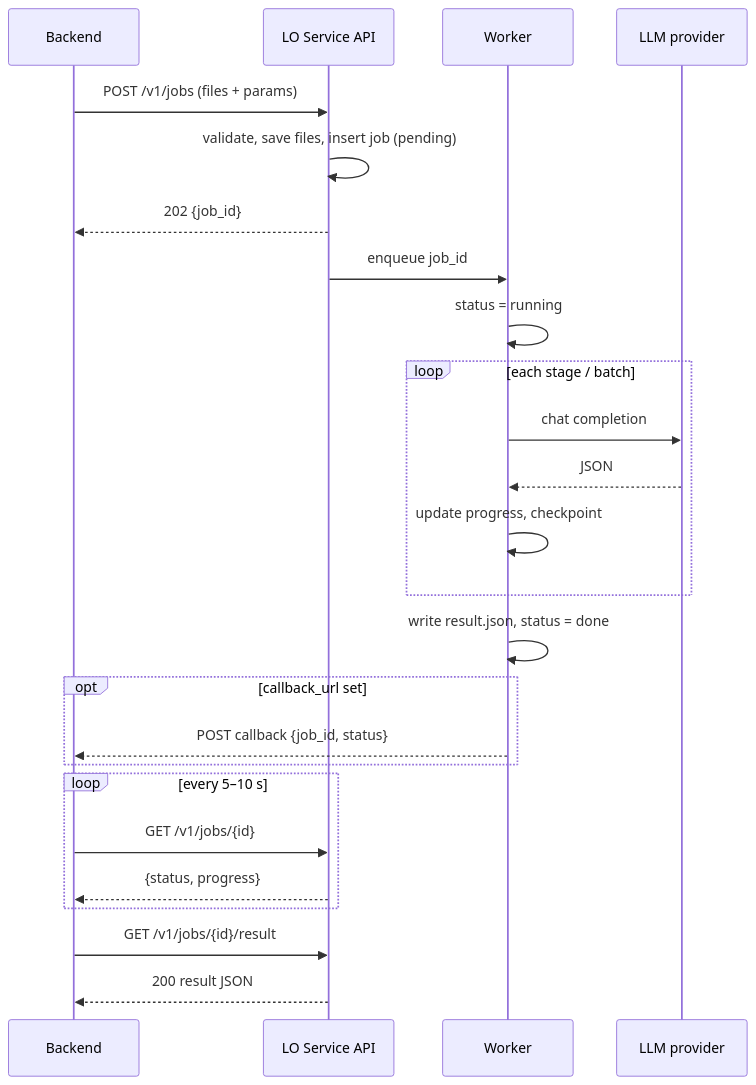
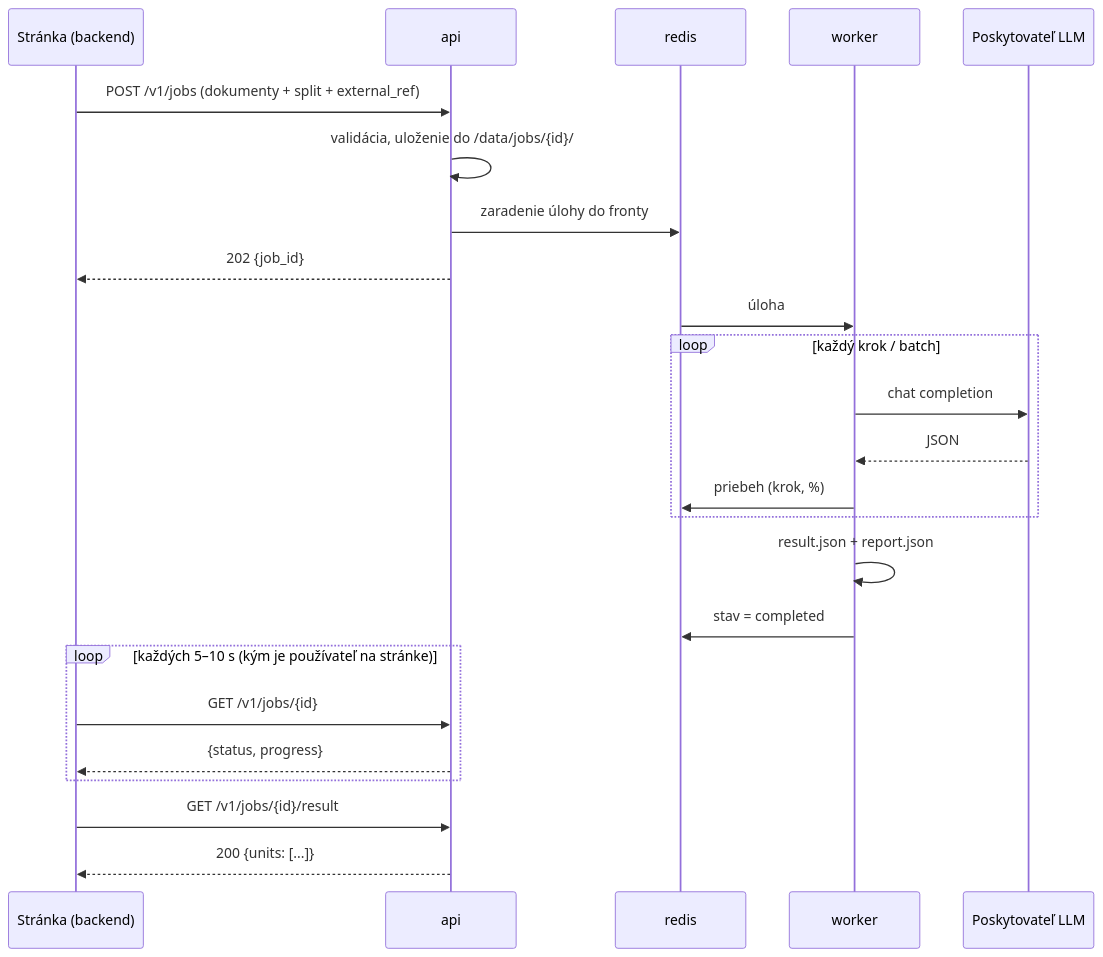
Before and after one commit to Matik080/LO-Generator: the first of 3 diagrams in docs/api-design.md, drawn with Mermaid. The commit also changed other lines of this file and 1 other file, not shown here.

````diff
--- a/docs/api-design.md
+++ b/docs/api-design.md
@@ -185,28 +137,27 @@
 ```mermaid
 sequenceDiagram
-    participant BE as Backend
-    participant API as LO Service API
-    participant W as Worker
-    participant LLM as LLM provider
+    participant P as Stránka (backend)
+    participant API as api
+    participant R as redis
+    participant W as worker
+    participant LLM as Poskytovateľ LLM
 
-    BE->>API: POST /v1/jobs (files + params)
-    API->>API: validate, save files, insert job (pending)
-    API-->>BE: 202 {job_id}
-    API->>W: enqueue job_id
-    W->>W: status = running
-    loop each stage / batch
+    P->>API: POST /v1/jobs (dokumenty + split + external_ref)
+    API->>API: validácia, uloženie do /data/jobs/{id}/
+    API->>R: zaradenie úlohy do fronty
+    API-->>P: 202 {job_id}
+    R->>W: úloha
+    loop každý krok / batch
         W->>LLM: chat completion
         LLM-->>W: JSON
-        W->>W: update progress, checkpoint
+        W->>R: priebeh (krok, %)
     end
-    W->>W: write result.json, status = done
-    opt callback_url set
-        W-->>BE: POST callback {job_id, status}
+    W->>W: result.json + report.json
+    W->>R: stav = completed
+    loop každých 5–10 s (kým je používateľ na stránke)
+        P->>API: GET /v1/jobs/{id}
+        API-->>P: {status, progress}
     end
-    loop every 5–10 s
-        BE->>API: GET /v1/jobs/{id}
-        API-->>BE: {status, progress}
-    end
-    BE->>API: GET /v1/jobs/{id}/result
-    API-->>BE: 200 result JSON
+    P->>API: GET /v1/jobs/{id}/result
+    API-->>P: 200 {units: [...]}
 ```
````
